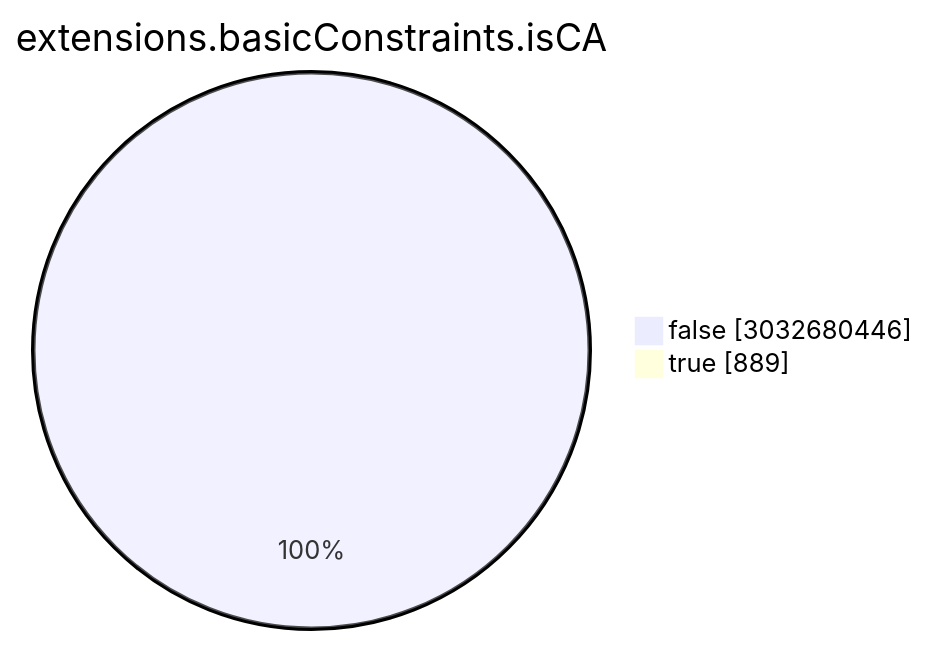
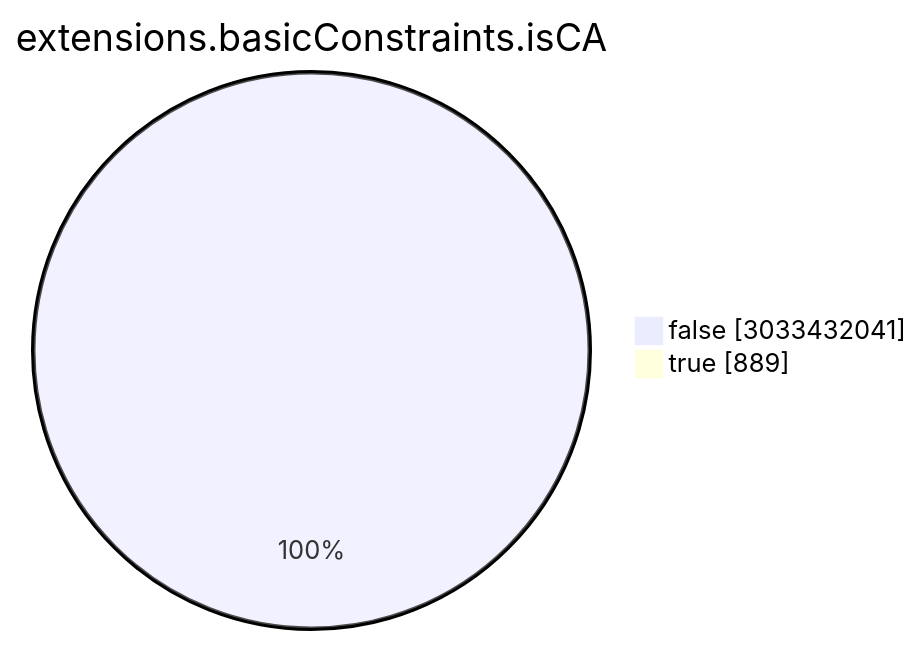
The seventh of 15 diagrams in TOTAL/README.md (christiankrug/ctmonitor_visualization), drawn with Mermaid before and after one commit. The commit also changed other lines of this file, not shown here.

````diff
--- a/TOTAL/README.md
+++ b/TOTAL/README.md
@@ -3086,6 +3086,6 @@
 ```mermaid
 pie showData
 title extensions.basicConstraints.isCA
-"false" :3032680446
+"false" :3033432041
 "true" :889
 ```
````
